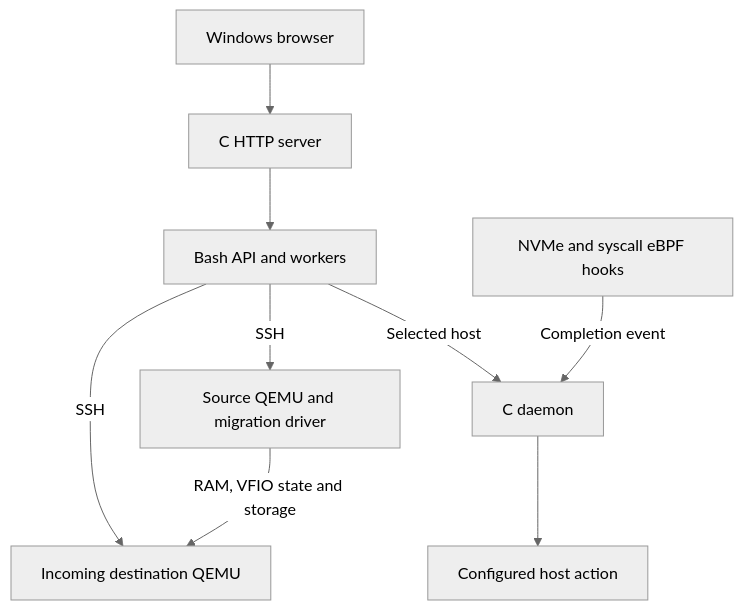
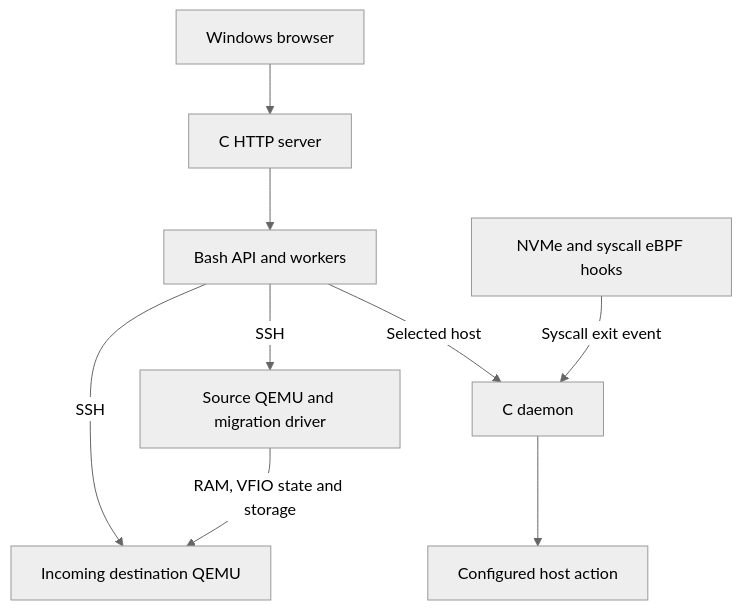
Before and after one commit to kundanthebest/uvp: the diagram in docs/ARCHITECTURE_V2.md, drawn with Mermaid (neutral theme). The commit also changed other lines of this file and 45 other files, not shown here.

````diff
--- a/docs/ARCHITECTURE_V2.md
+++ b/docs/ARCHITECTURE_V2.md
@@ -5,11 +5,11 @@
 ```mermaid
 flowchart TB
     Browser["Windows browser"] --> HTTP["C HTTP server"]
     HTTP --> API["Bash API and workers"]
     API -->|"SSH"| Src["Source QEMU and migration driver"]
     API -->|"SSH"| Dst["Incoming destination QEMU"]
     Src -->|"RAM, VFIO state and storage"| Dst
     API -->|"Selected host"| Daemon["C daemon"]
-    Hooks["NVMe and syscall eBPF hooks"] -->|"Completion event"| Daemon
+    Hooks["NVMe and syscall eBPF hooks"] -->|"Syscall exit event"| Daemon
     Daemon --> Action["Configured host action"]
 ```
````
